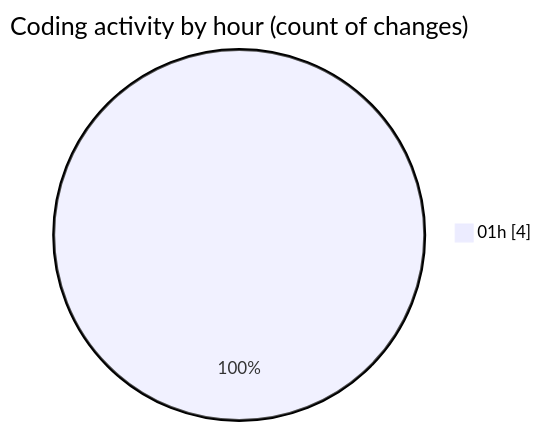
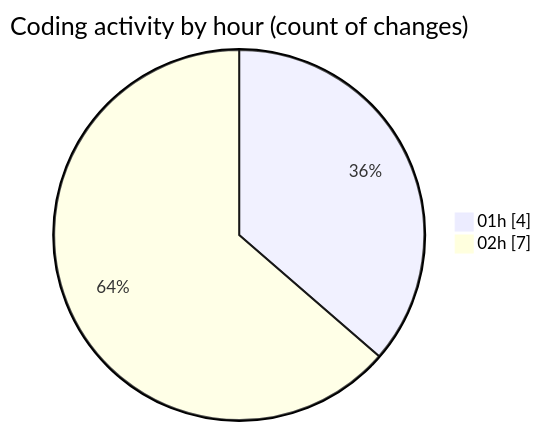
One commit to jrari/code-tracking changed the second of 2 diagrams in 2025-07-15/telebot/README.md. Above: the diagram before and after it, drawn with Mermaid. The commit also changed other lines of this file and 1 other file, not shown here.

````diff
--- a/2025-07-15/telebot/README.md
+++ b/2025-07-15/telebot/README.md
@@ -28,5 +29,6 @@
 ```mermaid
 pie showData
 title Coding activity by hour (count of changes)
 "01h" : 4
+"02h" : 7
 ```
````
